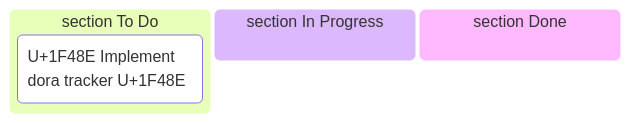
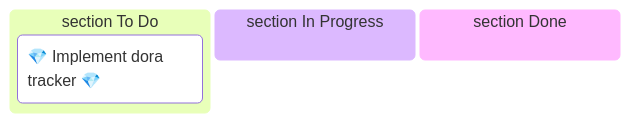
One commit to jmsargent/Kanban changed the diagram in README.md. Above: the diagram before and after it, drawn with Mermaid. The commit also changed other lines of this file and 1 other file, not shown here.

Commit message:
chore: update board [skip ci]

````diff
--- a/README.md
+++ b/README.md
@@ -5,7 +5,7 @@
 ```mermaid
 kanban
   section To Do
-    TASK-001@{ label: "U+1F48E Implement dora tracker U+1F48E" }
+    TASK-001@{ label: "💎 Implement dora tracker 💎" }
   section In Progress
   section Done
 ```
````
